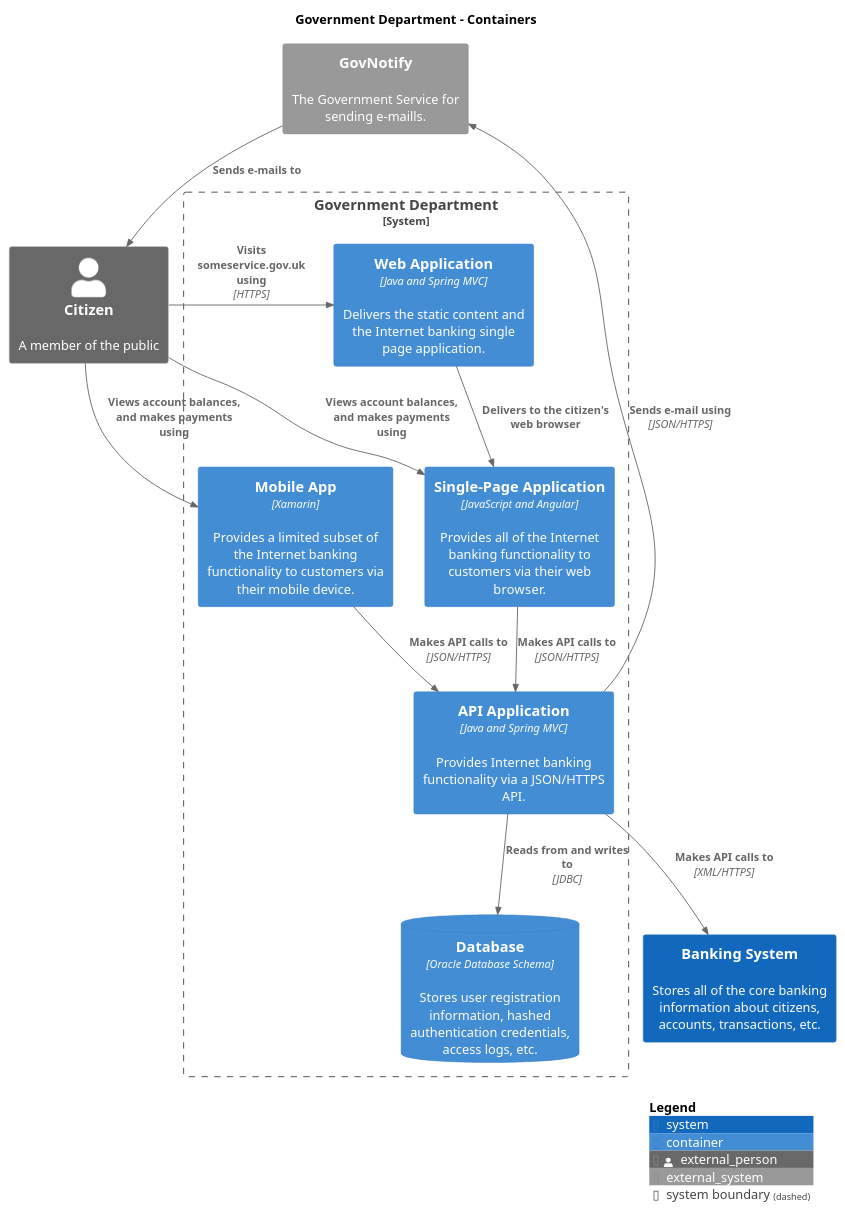
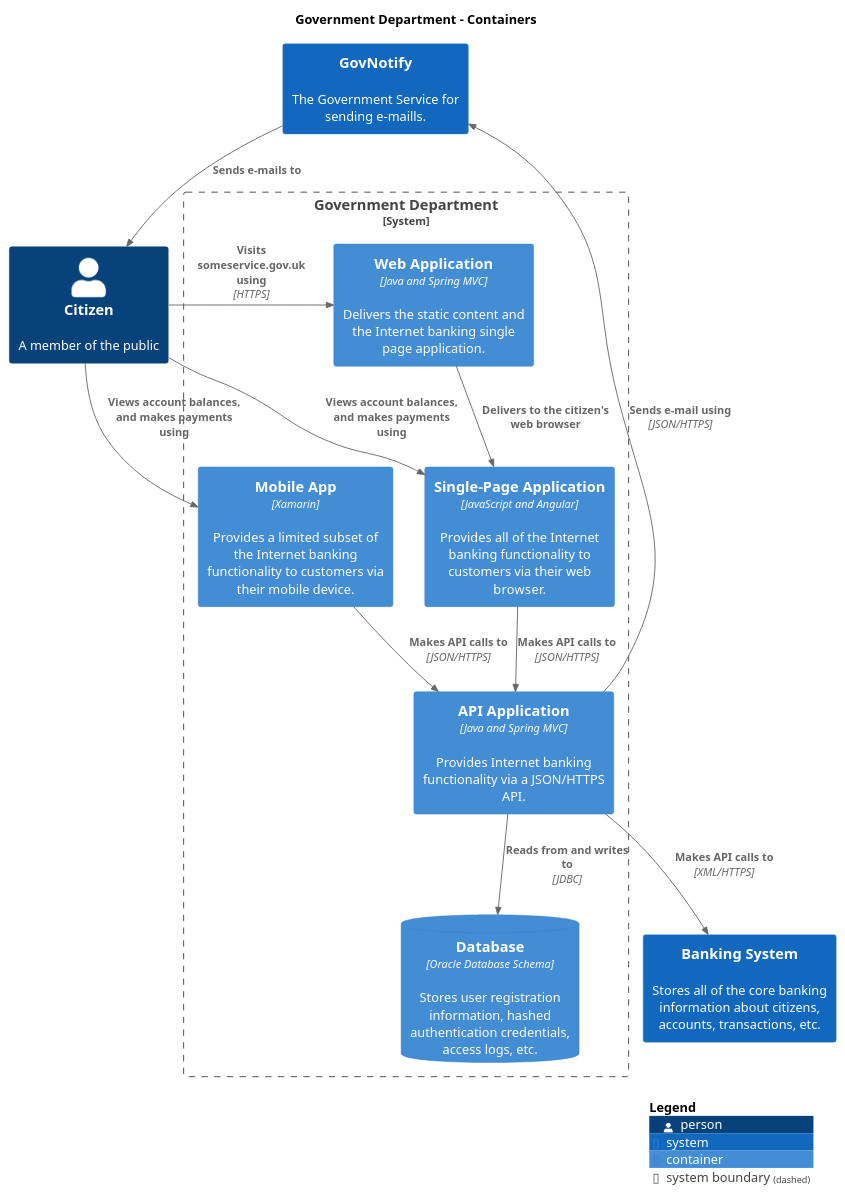
One commit to madetech/structurizr-template changed the diagram in main/puml/Containers.puml. Above: the diagram before and after it, drawn with PlantUML. The commit also changed 97 other files, not shown here.

```diff
--- a/main/puml/Containers.puml
+++ b/main/puml/Containers.puml
@@ -1,35 +1,35 @@
 @startuml
 set separator none
 title Government Department - Containers
 
 top to bottom direction
 
 !include <C4/C4>
 !include <C4/C4_Context>
 !include <C4/C4_Container>
 
-Person_Ext(Citizen, "Citizen", $descr="A member of the public", $tags="", $link="")
-System_Ext(GovNotify, "GovNotify", $descr="The Government Service for sending e-maills.", $tags="", $link="")
+Person(Citizen, "Citizen", $descr="A member of the public", $tags="", $link="")
+System(GovNotify, "GovNotify", $descr="The Government Service for sending e-maills.", $tags="", $link="")
 System(BankingSystem, "Banking System", $descr="Stores all of the core banking information about citizens, accounts, transactions, etc.", $tags="", $link="")
 
 System_Boundary("GovernmentDepartment_boundary", "Government Department", $tags="") {
   Container(GovernmentDepartment.APIApplication, "API Application", $techn="Java and Spring MVC", $descr="Provides Internet banking functionality via a JSON/HTTPS API.", $tags="", $link="")
   ContainerDb(GovernmentDepartment.Database, "Database", $techn="Oracle Database Schema", $descr="Stores user registration information, hashed authentication credentials, access logs, etc.", $tags="", $link="")
   Container(GovernmentDepartment.SinglePageApplication, "Single-Page Application", $techn="JavaScript and Angular", $descr="Provides all of the Internet banking functionality to customers via their web browser.", $tags="", $link="")
   Container(GovernmentDepartment.MobileApp, "Mobile App", $techn="Xamarin", $descr="Provides a limited subset of the Internet banking functionality to customers via their mobile device.", $tags="", $link="")
   Container(GovernmentDepartment.WebApplication, "Web Application", $techn="Java and Spring MVC", $descr="Delivers the static content and the Internet banking single page application.", $tags="", $link="")
 }
 
-Rel_D(GovNotify, Citizen, "Sends e-mails to", $techn="", $tags="", $link="")
-Rel_D(Citizen, GovernmentDepartment.WebApplication, "Visits someservice.gov.uk using", $techn="HTTPS", $tags="", $link="")
-Rel_D(Citizen, GovernmentDepartment.SinglePageApplication, "Views account balances, and makes payments using", $techn="", $tags="", $link="")
-Rel_D(Citizen, GovernmentDepartment.MobileApp, "Views account balances, and makes payments using", $techn="", $tags="", $link="")
-Rel_D(GovernmentDepartment.WebApplication, GovernmentDepartment.SinglePageApplication, "Delivers to the citizen's web browser", $techn="", $tags="", $link="")
-Rel_D(GovernmentDepartment.SinglePageApplication, GovernmentDepartment.APIApplication, "Makes API calls to", $techn="JSON/HTTPS", $tags="", $link="")
-Rel_D(GovernmentDepartment.MobileApp, GovernmentDepartment.APIApplication, "Makes API calls to", $techn="JSON/HTTPS", $tags="", $link="")
-Rel_D(GovernmentDepartment.APIApplication, GovernmentDepartment.Database, "Reads from and writes to", $techn="JDBC", $tags="", $link="")
-Rel_D(GovernmentDepartment.APIApplication, BankingSystem, "Makes API calls to", $techn="XML/HTTPS", $tags="", $link="")
-Rel_D(GovernmentDepartment.APIApplication, GovNotify, "Sends e-mail using", $techn="JSON/HTTPS", $tags="", $link="")
+Rel(GovNotify, Citizen, "Sends e-mails to", $techn="", $tags="", $link="")
+Rel(Citizen, GovernmentDepartment.WebApplication, "Visits someservice.gov.uk using", $techn="HTTPS", $tags="", $link="")
+Rel(Citizen, GovernmentDepartment.SinglePageApplication, "Views account balances, and makes payments using", $techn="", $tags="", $link="")
+Rel(Citizen, GovernmentDepartment.MobileApp, "Views account balances, and makes payments using", $techn="", $tags="", $link="")
+Rel(GovernmentDepartment.WebApplication, GovernmentDepartment.SinglePageApplication, "Delivers to the citizen's web browser", $techn="", $tags="", $link="")
+Rel(GovernmentDepartment.SinglePageApplication, GovernmentDepartment.APIApplication, "Makes API calls to", $techn="JSON/HTTPS", $tags="", $link="")
+Rel(GovernmentDepartment.MobileApp, GovernmentDepartment.APIApplication, "Makes API calls to", $techn="JSON/HTTPS", $tags="", $link="")
+Rel(GovernmentDepartment.APIApplication, GovernmentDepartment.Database, "Reads from and writes to", $techn="JDBC", $tags="", $link="")
+Rel(GovernmentDepartment.APIApplication, BankingSystem, "Makes API calls to", $techn="XML/HTTPS", $tags="", $link="")
+Rel(GovernmentDepartment.APIApplication, GovNotify, "Sends e-mail using", $techn="JSON/HTTPS", $tags="", $link="")
 
 SHOW_LEGEND(true)
 @enduml
```
